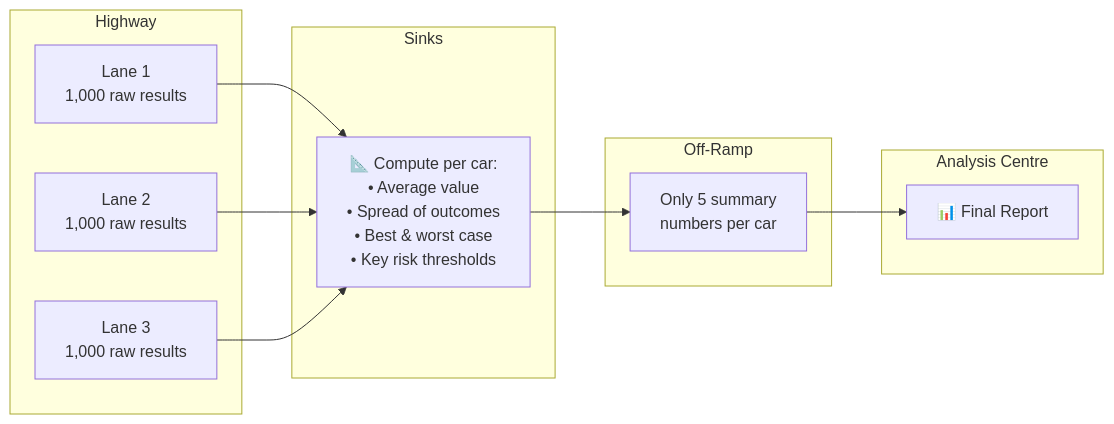
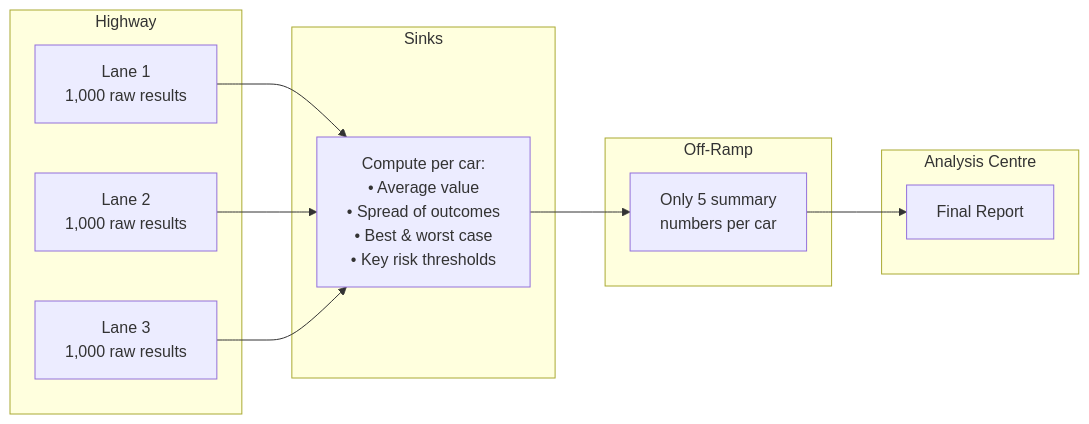
The seventh of 8 diagrams in docs/hackathon/cpu-vs-gpu-explained.md (FransVanEk/Actus-Insurance.Documentation), drawn with Mermaid before and after one commit. The commit also changed other lines of this file and 5 other files, not shown here.

Commit message:
Enhance Mermaid diagram styling and integrate global class definitions for consistent theming across diagrams

````diff
--- a/docs/hackathon/cpu-vs-gpu-explained.md
+++ b/docs/hackathon/cpu-vs-gpu-explained.md
@@ -216,26 +216,26 @@
 ```mermaid
 graph LR
     subgraph "Highway"
         L1["Lane 1<br/>1,000 raw results"]
         L2["Lane 2<br/>1,000 raw results"]
         L3["Lane 3<br/>1,000 raw results"]
     end
 
     subgraph "Sinks"
-        SINK["📐 Compute per car:<br/>• Average value<br/>• Spread of outcomes<br/>• Best & worst case<br/>• Key risk thresholds"]
+        SINK["Compute per car:<br/>• Average value<br/>• Spread of outcomes<br/>• Best & worst case<br/>• Key risk thresholds"]
     end
 
     subgraph "Off-Ramp"
         SMALL["Only 5 summary<br/>numbers per car"]
     end
 
     subgraph "Analysis Centre"
-        REPORT["📊 Final Report"]
+        REPORT["Final Report"]
     end
 
     L1 --> SINK
     L2 --> SINK
     L3 --> SINK
     SINK --> SMALL
     SMALL --> REPORT
 ```
````
